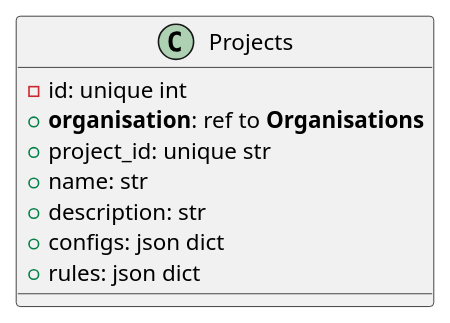
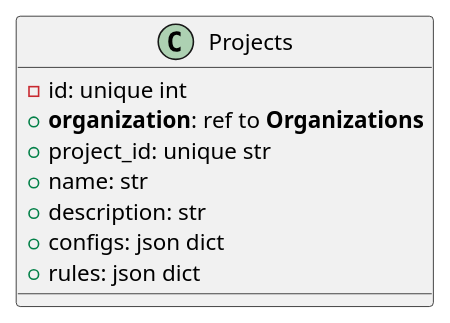
The diagram in docs/pumls/db_projects_model.puml (open-needs/open-needs.github.io), drawn with PlantUML before and after one commit. The commit also changed 7 other files, not shown here.

Commit message:
Adds organization model and schemas

```diff
--- a/docs/pumls/db_projects_model.puml
+++ b/docs/pumls/db_projects_model.puml
@@ -1,11 +1,11 @@
 @startuml
     class Projects {
         - id: unique int
-        + **organisation**: ref to **Organisations**
+        + **organization**: ref to **Organizations**
         + project_id: unique str
         + name: str
         + description: str
         + configs: json dict
         + rules: json dict
     }
 @enduml
```
